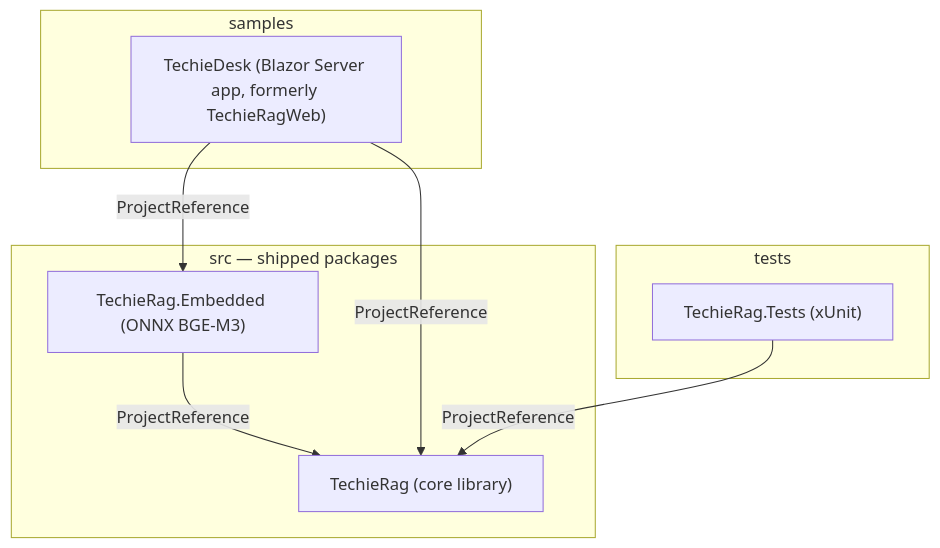
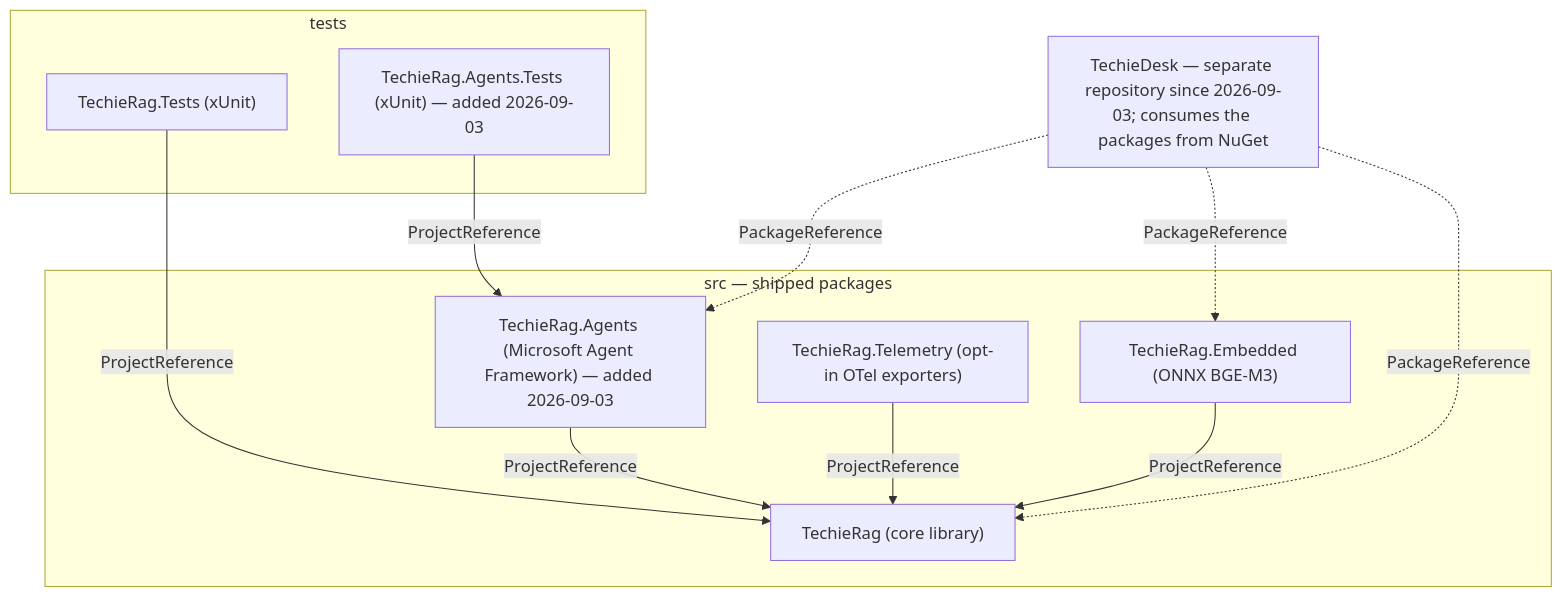
One commit to techierathore/TechieRag changed the first of 9 diagrams in docs/TechieRag-Architecture.md. Above: the diagram before and after it, drawn with Mermaid. The commit also changed other lines of this file and 15 other files, not shown here.

````diff
--- a/docs/TechieRag-Architecture.md
+++ b/docs/TechieRag-Architecture.md
@@ -40,17 +44,22 @@
 ```mermaid
 flowchart TB
   subgraph Src["src — shipped packages"]
     Core["TechieRag (core library)"]
     Embed["TechieRag.Embedded (ONNX BGE-M3)"]
-  end
-  subgraph Samples["samples"]
-    Web["TechieDesk (Blazor Server app, formerly TechieRagWeb)"]
+    Agents["TechieRag.Agents (Microsoft Agent Framework) — added 2026-09-03"]
+    Tel["TechieRag.Telemetry (opt-in OTel exporters)"]
   end
   subgraph Tests["tests"]
     UT["TechieRag.Tests (xUnit)"]
+    AT["TechieRag.Agents.Tests (xUnit) — added 2026-09-03"]
   end
+  Desk["TechieDesk — separate repository since 2026-09-03; consumes the packages from NuGet"]
   Embed -->|"ProjectReference"| Core
-  Web -->|"ProjectReference"| Core
-  Web -->|"ProjectReference"| Embed
+  Agents -->|"ProjectReference"| Core
+  Tel -->|"ProjectReference"| Core
   UT -->|"ProjectReference"| Core
+  AT -->|"ProjectReference"| Agents
+  Desk -.->|"PackageReference"| Core
+  Desk -.->|"PackageReference"| Embed
+  Desk -.->|"PackageReference"| Agents
 ```
````
